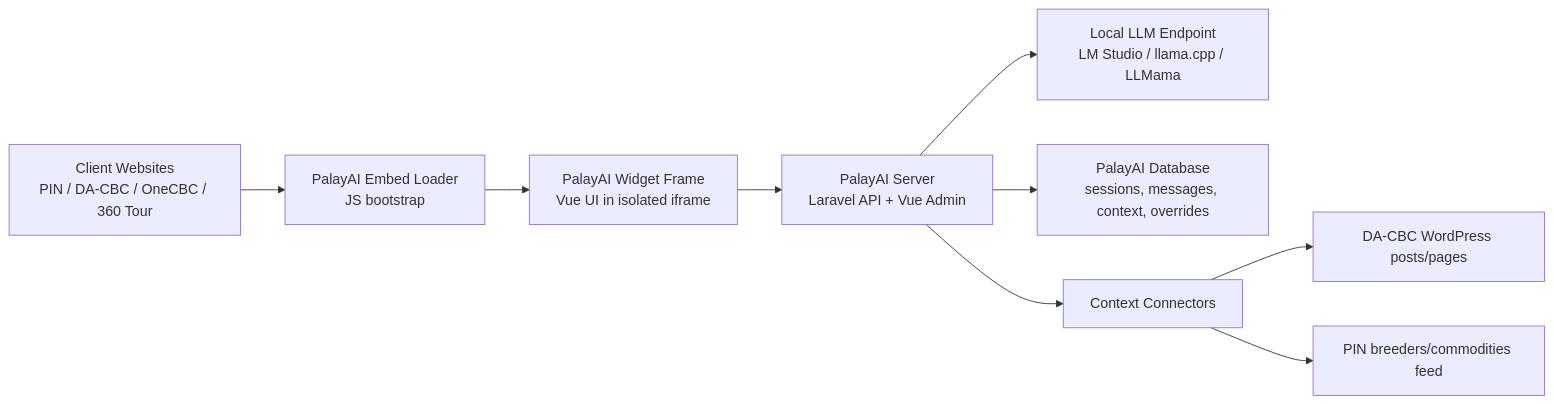
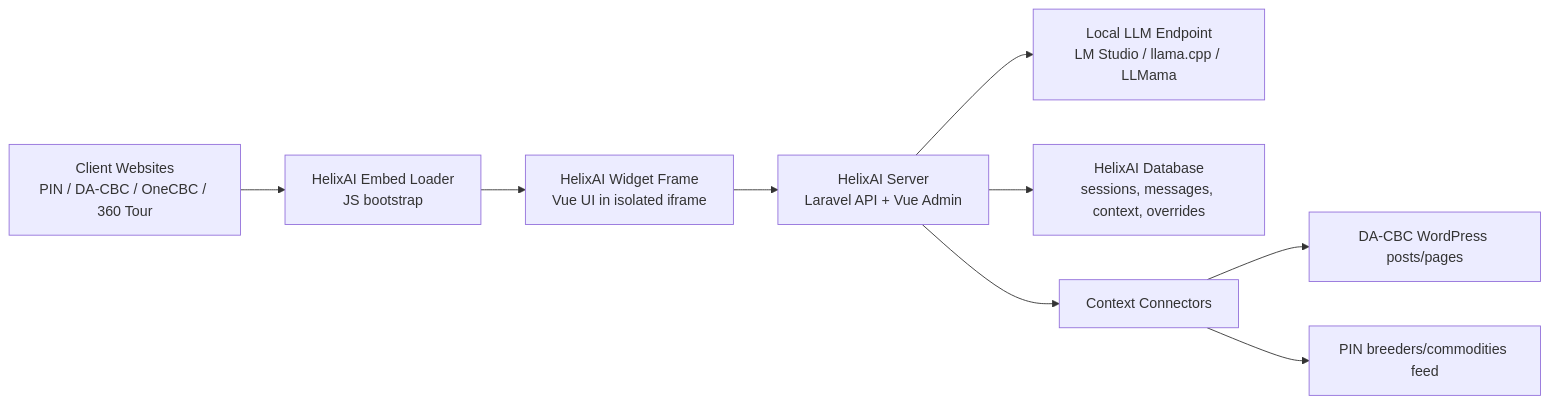
The diagram in docs/PALAYAI_STANDALONE_REBUILD_GUIDE.md (cristomagdadaro/CBC-BMapDB), drawn with Mermaid before and after one commit. The commit also changed other lines of this file, not shown here.

Commit message:
refactor: rename PalayAI to HelixAI in rebuild guide and related documentation

````diff
--- a/docs/PALAYAI_STANDALONE_REBUILD_GUIDE.md
+++ b/docs/PALAYAI_STANDALONE_REBUILD_GUIDE.md
@@ -73,11 +72,11 @@
 ```mermaid
 flowchart LR
-    A["Client Websites<br/>PIN / DA-CBC / OneCBC / 360 Tour"] --> B["PalayAI Embed Loader<br/>JS bootstrap"]
-    B --> C["PalayAI Widget Frame<br/>Vue UI in isolated iframe"]
-    C --> D["PalayAI Server<br/>Laravel API + Vue Admin"]
+    A["Client Websites<br/>PIN / DA-CBC / OneCBC / 360 Tour"] --> B["HelixAI Embed Loader<br/>JS bootstrap"]
+    B --> C["HelixAI Widget Frame<br/>Vue UI in isolated iframe"]
+    C --> D["HelixAI Server<br/>Laravel API + Vue Admin"]
     D --> E["Local LLM Endpoint<br/>LM Studio / llama.cpp / LLMama"]
-    D --> F["PalayAI Database<br/>sessions, messages, context, overrides"]
+    D --> F["HelixAI Database<br/>sessions, messages, context, overrides"]
     D --> G["Context Connectors"]
     G --> H["DA-CBC WordPress posts/pages"]
     G --> I["PIN breeders/commodities feed"]
 ```
````
